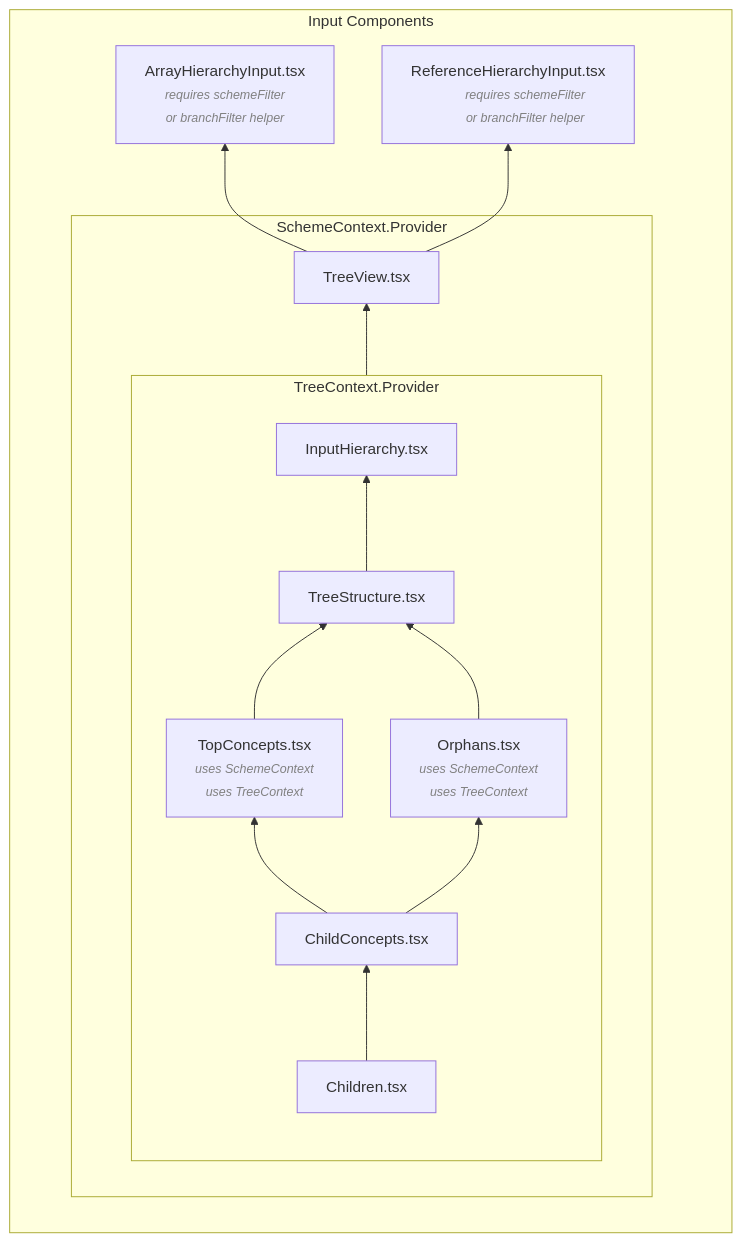
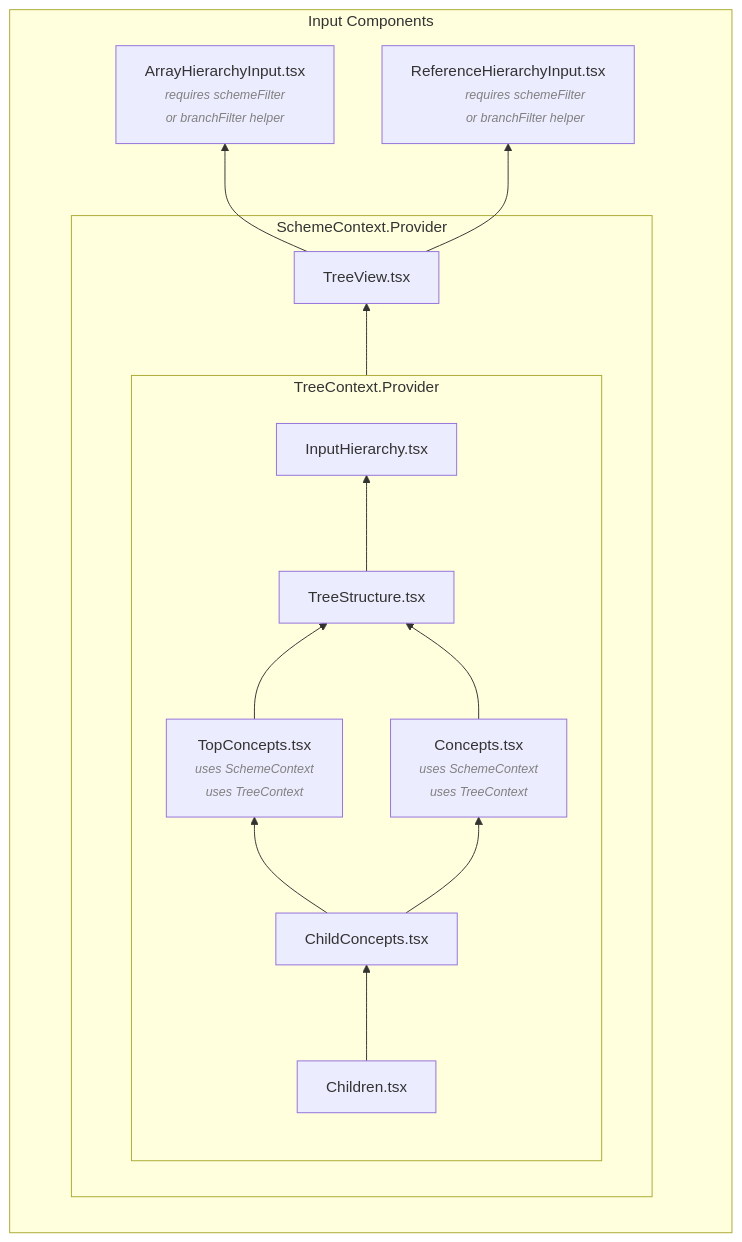
The second of 2 diagrams in README.md (andybywire/sanity-plugin-taxonomy-manager), drawn with Mermaid before and after one commit. The commit also changed other lines of this file and 3 other files, not shown here.

````diff
--- a/README.md
+++ b/README.md
@@ -183,36 +182,36 @@
 ```mermaid
 graph BT
     subgraph Input Components
       direction BT
       TreeView.tsx-->ArrayHierarchyInput.tsx[
         ArrayHierarchyInput.tsx
         <i style="color: gray; font-size: small">requires schemeFilter</i>
         <i style="color: gray; font-size: small">or branchFilter helper</i>
         ]
       TreeView.tsx-->ReferenceHierarchyInput.tsx[
         ReferenceHierarchyInput.tsx
         <i style="color: gray; font-size: small">requires schemeFilter</i>
         <i style="color: gray; font-size: small">or branchFilter helper</i>
       ]
       subgraph SchemeContext.Provider
         InputHierarchy.tsx-->TreeView.tsx
         subgraph TreeContext.Provider
           direction BT
           TreeStructure.tsx-->InputHierarchy.tsx
           TopConcepts.tsx[
             TopConcepts.tsx
             <i style="color: gray; font-size: small">uses SchemeContext</i>
             <i style="color: gray; font-size: small">uses TreeContext</i>
           ]-->TreeStructure.tsx
-          Orphans.tsx[
-            Orphans.tsx
+          Concepts.tsx[
+            Concepts.tsx
             <i style="color: gray; font-size: small">uses SchemeContext</i>
             <i style="color: gray; font-size: small">uses TreeContext</i>
           ]-->TreeStructure.tsx
           ChildConcepts.tsx-->TopConcepts.tsx
-          ChildConcepts.tsx-->Orphans.tsx
+          ChildConcepts.tsx-->Concepts.tsx
           Children.tsx-->ChildConcepts.tsx
         end
       end
     end
 ```
````
